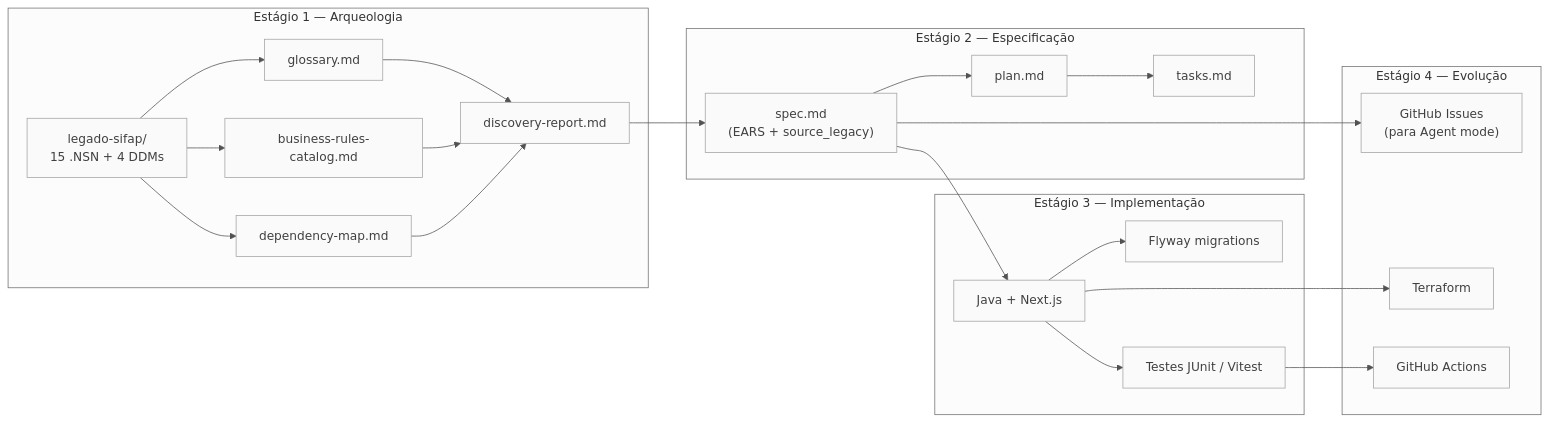
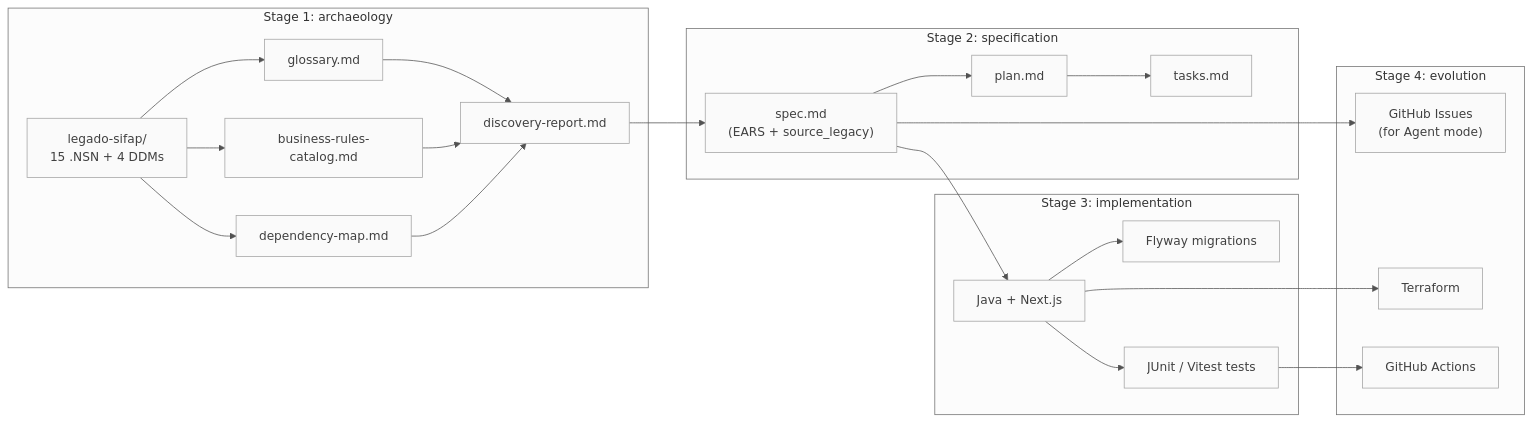
Before and after one commit to paulasilvatech/datacorp-mm-team-kit: the second of 2 diagrams in 00-SITEMAP.md, drawn with Mermaid. The commit also changed other lines of this file and 169 other files, not shown here.

````diff
--- a/00-SITEMAP.md
+++ b/00-SITEMAP.md
@@ -77,43 +77,43 @@
 ```mermaid
 %%{init: {'theme':'neutral','themeVariables':{'fontFamily':'ui-sans-serif, system-ui, sans-serif','primaryColor':'#F5F5F5','primaryTextColor':'#171717','primaryBorderColor':'#171717','lineColor':'#525252','secondaryColor':'#FFFFFF','tertiaryColor':'#FAFAFA','background':'#FFFFFF'}}}%%
 flowchart LR
     classDef step fill:#F5F5F5,stroke:#171717,color:#171717
     classDef artifact fill:#FAFAFA,stroke:#A3A3A3,color:#404040
     classDef result fill:#FFFFFF,stroke:#171717,color:#171717,stroke-width:2px
 
-    subgraph E1["Estágio 1 — Arqueologia"]
+    subgraph E1["Stage 1: archaeology"]
         LEGACY["legado-sifap/<br/>15 .NSN + 4 DDMs"]:::artifact
         GLOSS["glossary.md"]:::artifact
         BR["business-rules-catalog.md"]:::artifact
         DEPS["dependency-map.md"]:::artifact
         REPORT["discovery-report.md"]:::artifact
     end
 
-    subgraph E2["Estágio 2 — Especificação"]
+    subgraph E2["Stage 2: specification"]
         SPEC["spec.md<br/>(EARS + source_legacy)"]:::artifact
         PLAN["plan.md"]:::artifact
         TASKS["tasks.md"]:::artifact
     end
 
-    subgraph E3["Estágio 3 — Implementação"]
+    subgraph E3["Stage 3: implementation"]
         CODE["Java + Next.js"]:::artifact
         MIGS["Flyway migrations"]:::artifact
-        TESTS["Testes JUnit / Vitest"]:::artifact
+        TESTS["JUnit / Vitest tests"]:::artifact
     end
 
-    subgraph E4["Estágio 4 — Evolução"]
-        ISSUES["GitHub Issues<br/>(para Agent mode)"]:::artifact
+    subgraph E4["Stage 4: evolution"]
+        ISSUES["GitHub Issues<br/>(for Agent mode)"]:::artifact
         TF["Terraform"]:::artifact
         CI["GitHub Actions"]:::artifact
     end
 
     LEGACY --> GLOSS & BR & DEPS
     GLOSS & BR & DEPS --> REPORT
     REPORT --> SPEC
     SPEC --> PLAN --> TASKS
     SPEC --> CODE
     CODE --> TESTS & MIGS
     SPEC --> ISSUES
     CODE --> TF
     TESTS --> CI
 ```
````
